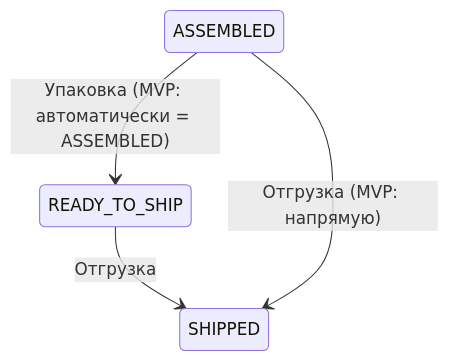
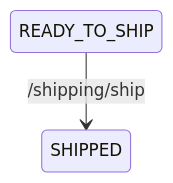
Before and after one commit to oglenyaboss/avalanche-wms: the third of 7 diagrams in docs/flows/shipping-flow.md, drawn with Mermaid. The commit also changed other lines of this file and 1 other file, not shown here.

First line of the commit message:
docs(flows): обновить assembly и shipping под решения встречи по outbound-потоку

````diff
--- a/docs/flows/shipping-flow.md
+++ b/docs/flows/shipping-flow.md
@@ -57,6 +100,4 @@
 ```mermaid
 stateDiagram-v2
-    ASSEMBLED --> READY_TO_SHIP : Упаковка (MVP: автоматически = ASSEMBLED)
-    READY_TO_SHIP --> SHIPPED : Отгрузка
-    ASSEMBLED --> SHIPPED : Отгрузка (MVP: напрямую)
+    READY_TO_SHIP --> SHIPPED : /shipping/ship
 ```
````
